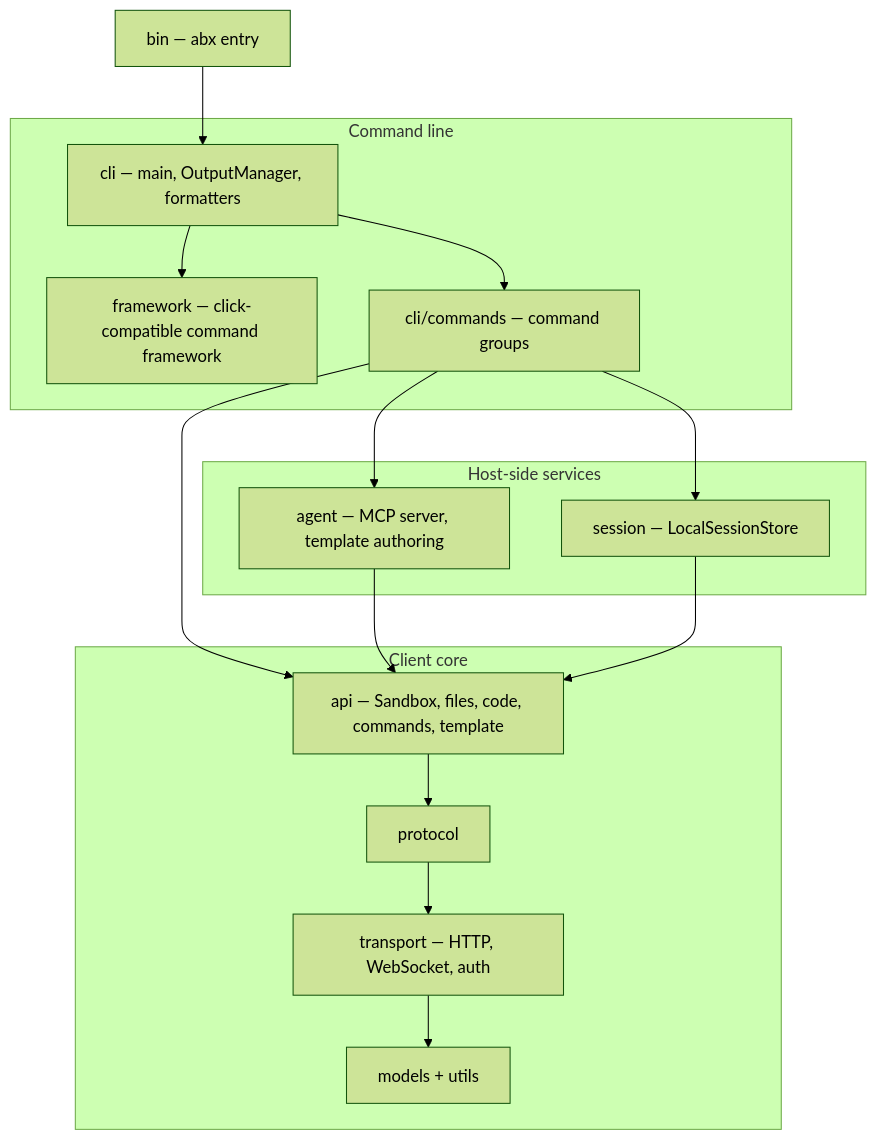
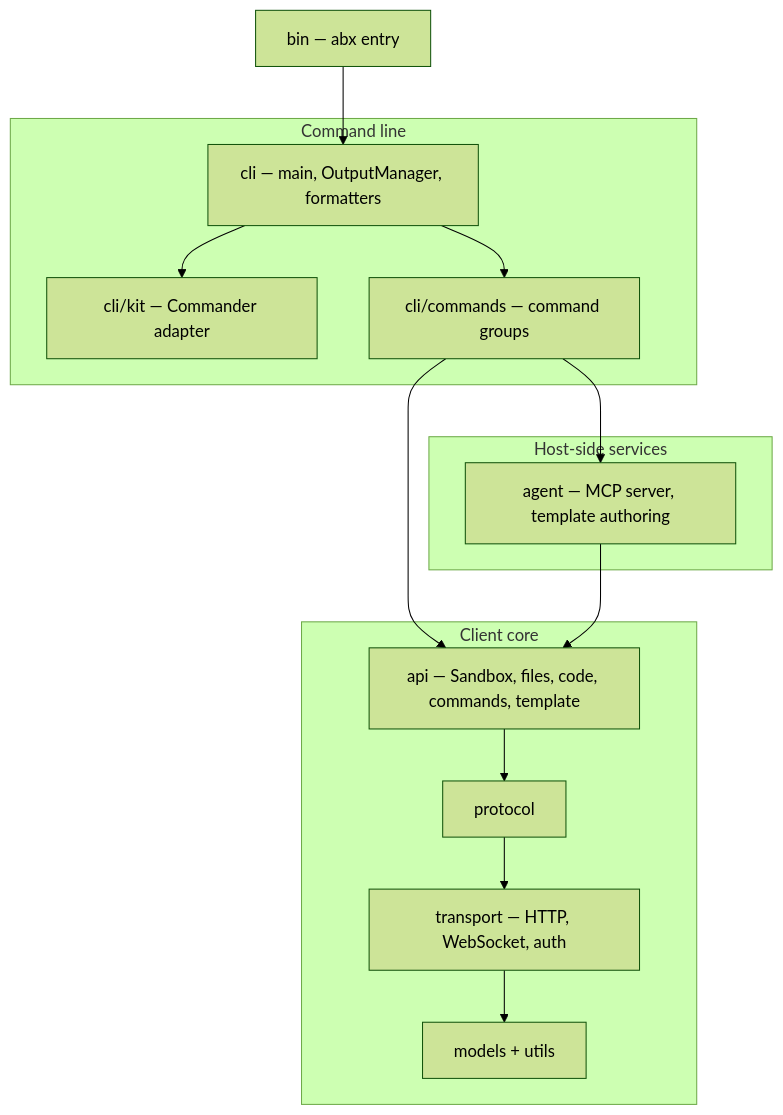
The diagram in docs/en/DESIGN.md (Alibaba-Agent-Sandbox/agent-sandbox), drawn with Mermaid (forest theme) before and after one commit. The commit also changed other lines of this file and 44 other files, not shown here.

````diff
--- a/docs/en/DESIGN.md
+++ b/docs/en/DESIGN.md
@@ -34,27 +34,24 @@
 ```mermaid
 graph TB
     BIN["bin — abx entry"]
     subgraph Front["Command line"]
-        FW["framework — click-compatible command framework"]
+        FW["cli/kit — Commander adapter"]
         CLI["cli — main, OutputManager, formatters"]
         CMD["cli/commands — command groups"]
     end
     subgraph Services["Host-side services"]
         AG["agent — MCP server, template authoring"]
-        SES["session — LocalSessionStore"]
     end
     subgraph Core["Client core"]
         API["api — Sandbox, files, code, commands, template"]
         PRO["protocol"]
         TRA["transport — HTTP, WebSocket, auth"]
         MOD["models + utils"]
     end
     BIN --> CLI --> FW
     CLI --> CMD
     CMD --> AG
-    CMD --> SES
     CMD --> API
     AG --> API
-    SES --> API
     API --> PRO --> TRA --> MOD
 ```
````
